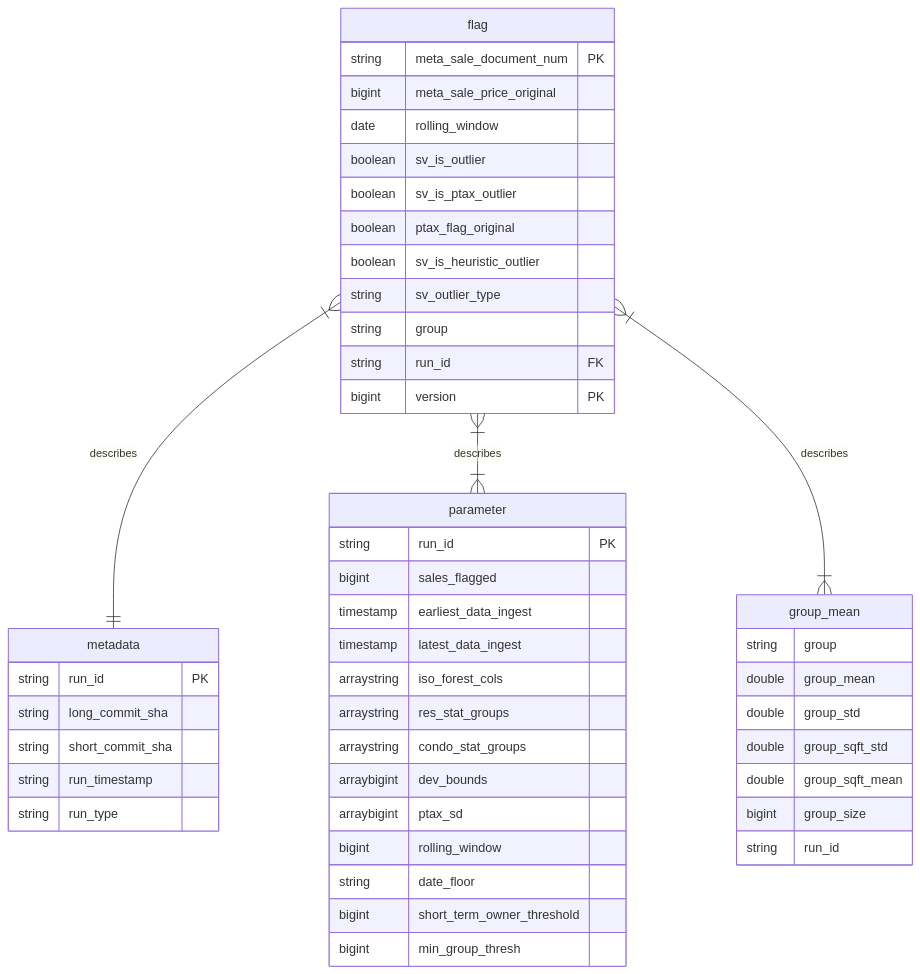
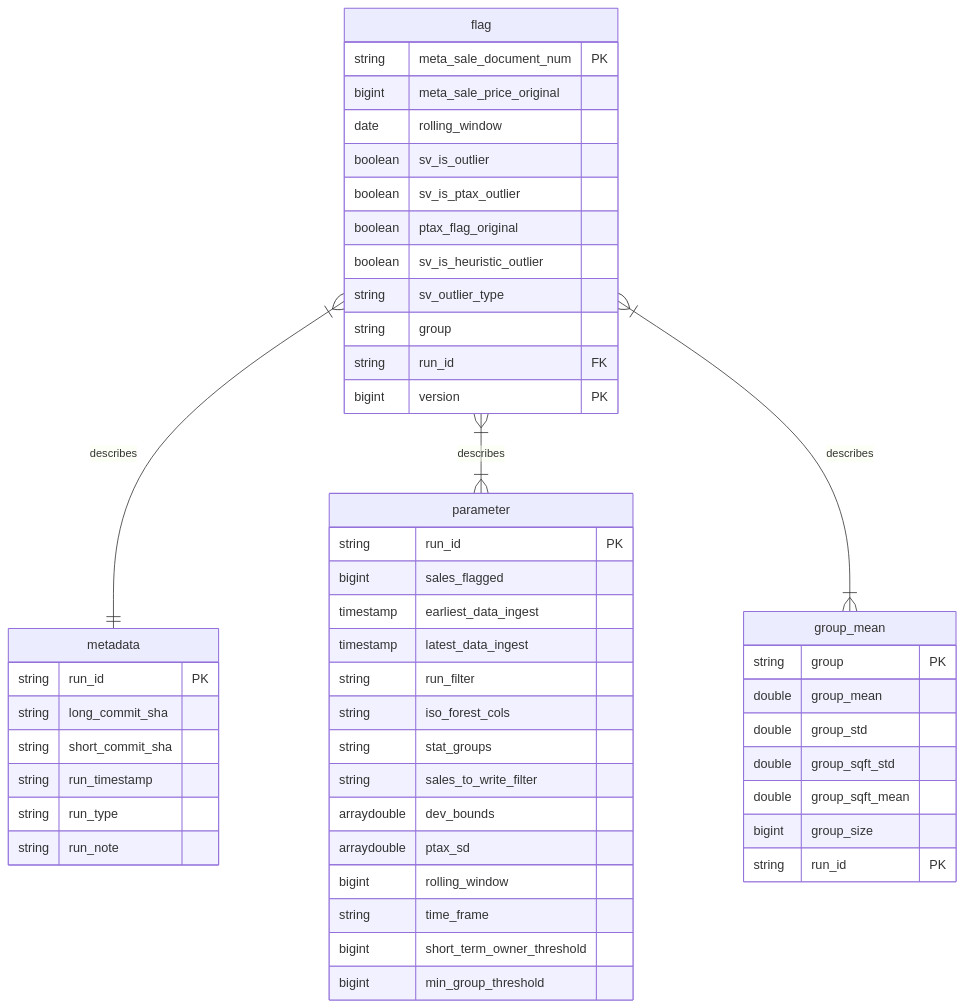
Before and after one commit to ccao-data/model-sales-val: the second of 2 diagrams in README.md, drawn with Mermaid. The commit also changed other lines of this file, not shown here.

````diff
--- a/README.md
+++ b/README.md
@@ -252,54 +252,56 @@
 ```mermaid
 erDiagram
     flag }|--|| metadata : describes
     flag }|--|{ parameter : describes
     flag }|--|{ group_mean : describes
 
     flag {
         string meta_sale_document_num PK
         bigint meta_sale_price_original
         date rolling_window
         boolean sv_is_outlier
         boolean sv_is_ptax_outlier
         boolean ptax_flag_original
         boolean sv_is_heuristic_outlier
         string sv_outlier_type
         string group
         string run_id FK
         bigint version PK
     }
 
     metadata {
         string run_id PK
         string long_commit_sha
         string short_commit_sha
         string run_timestamp
         string run_type
+        string run_note 
     }
 
     parameter {
         string run_id PK
         bigint sales_flagged
         timestamp earliest_data_ingest
         timestamp latest_data_ingest
-        arraystring iso_forest_cols
-        arraystring res_stat_groups
-        arraystring condo_stat_groups
-        arraybigint dev_bounds
-        arraybigint ptax_sd
+        string run_filter
+        string iso_forest_cols
+        string stat_groups
+        string sales_to_write_filter
+        arraydouble dev_bounds
+        arraydouble ptax_sd
         bigint rolling_window
-        string date_floor
+        string time_frame
         bigint short_term_owner_threshold
-        bigint min_group_thresh
+        bigint min_group_threshold
     }
 
     group_mean {
-        string group
+        string group PK
         double group_mean
         double group_std
         double group_sqft_std
         double group_sqft_mean
         bigint group_size
-        string run_id
+        string run_id PK
     }
 ```
````
